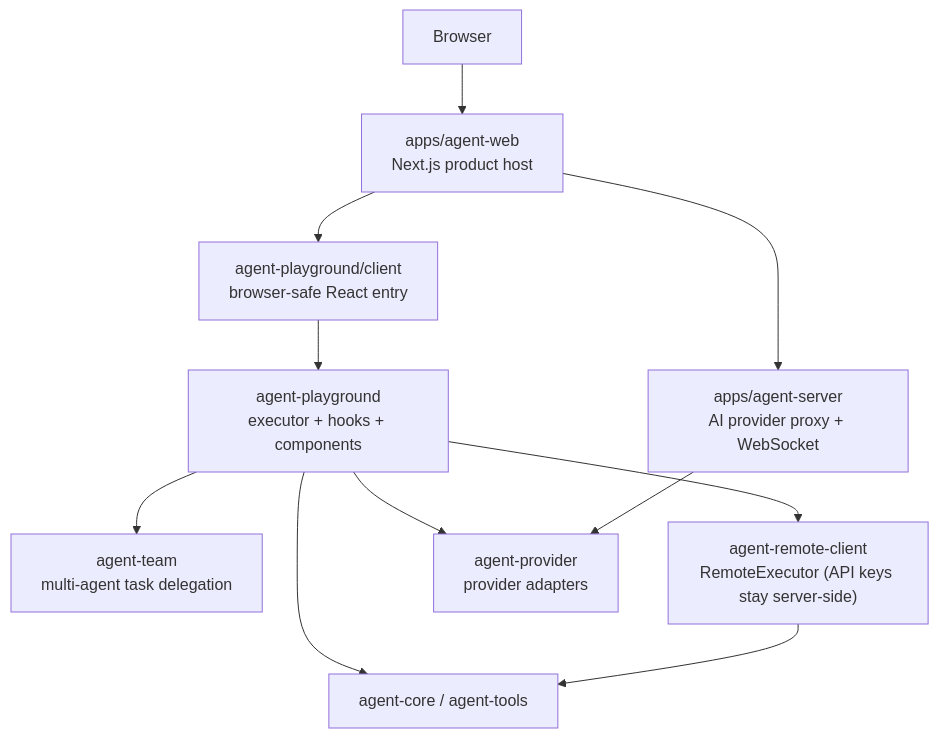
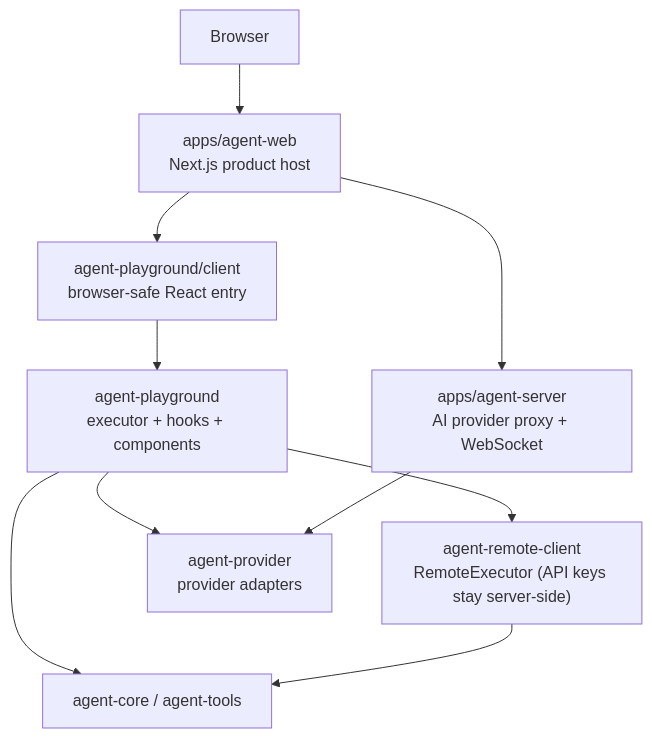
The second of 2 diagrams in .agents/specs/architecture-map/agent-system.md (woojubb/robota), drawn with Mermaid before and after one commit. The commit also changed other lines of this file and 26 other files, not shown here.

First line of the commit message:
feat(tool-002): remove assignTask — clean up agent-team, core proxy, arch docs (#531)

````diff
--- a/.agents/specs/architecture-map/agent-system.md
+++ b/.agents/specs/architecture-map/agent-system.md
@@ -92,23 +92,21 @@
 ```mermaid
 flowchart TD
   Browser["Browser"]
   AgentWeb["apps/agent-web\nNext.js product host"]
   AgentServer["apps/agent-server\nAI provider proxy + WebSocket"]
   ClientEntry["agent-playground/client\nbrowser-safe React entry"]
   Playground["agent-playground\nexecutor + hooks + components"]
-  Team["agent-team\nmulti-agent task delegation"]
   RemoteClient["agent-remote-client\nRemoteExecutor (API keys stay server-side)"]
   Core["agent-core / agent-tools"]
   Providers["agent-provider\nprovider adapters"]
 
   Browser --> AgentWeb
   AgentWeb --> AgentServer
   AgentWeb --> ClientEntry
   ClientEntry --> Playground
   Playground --> RemoteClient
-  Playground --> Team
   Playground --> Core
   Playground --> Providers
   RemoteClient --> Core
   AgentServer --> Providers
 ```
````
